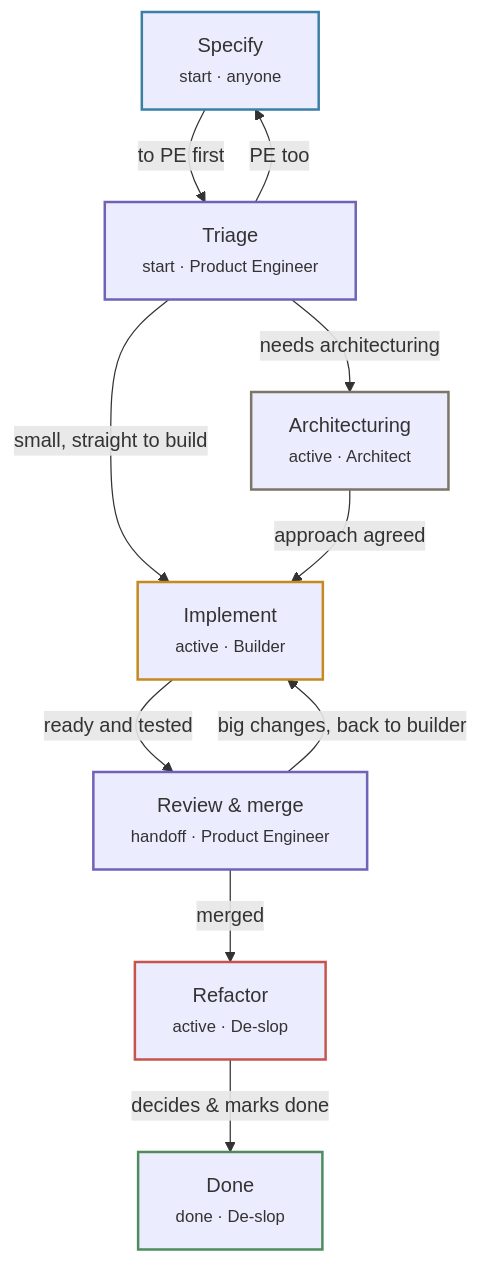
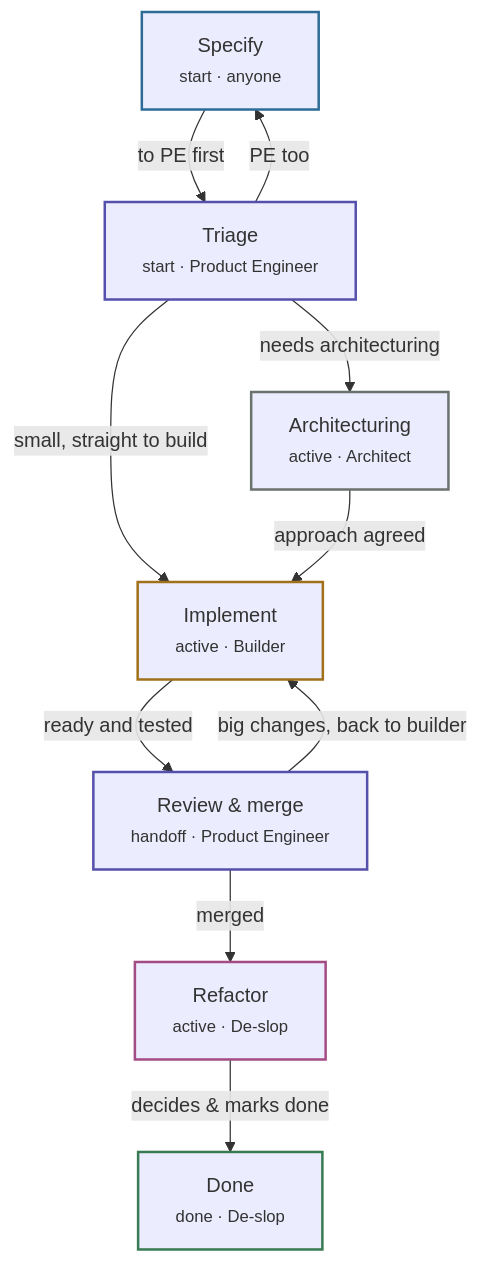
The third of 3 diagrams in docs/content/concepts/flow-lines.md (kashmithnisakya/flowline), drawn with Mermaid before and after one commit. The commit also changed other lines of this file and 26 other files, not shown here.

````diff
--- a/docs/content/concepts/flow-lines.md
+++ b/docs/content/concepts/flow-lines.md
@@ -91,33 +124,33 @@
 ```mermaid
 flowchart TB
     S["Specify<br/><small>start · anyone</small>"]
     T["Triage<br/><small>start · Product Engineer</small>"]
     A["Architecturing<br/><small>active · Architect</small>"]
     I["Implement<br/><small>active · Builder</small>"]
     R["Review #amp; merge<br/><small>handoff · Product Engineer</small>"]
     F["Refactor<br/><small>active · De-slop</small>"]
     D["Done<br/><small>done · De-slop</small>"]
 
     S -- "to PE first" --> T
     T -- "PE too" --> S
     T -- "needs architecturing" --> A
     T -- "small, straight to build" --> I
     A -- "approach agreed" --> I
     I -- "ready and tested" --> R
     R -- "big changes, back to builder" --> I
     R -- "merged" --> F
     F -- "decides #amp; marks done" --> D
 
-    classDef sky stroke:#3d7ea6,stroke-width:2px
-    classDef indigo stroke:#6f63b8,stroke-width:2px
-    classDef slate stroke:#7c7568,stroke-width:2px
-    classDef amber stroke:#c4891f,stroke-width:2px
-    classDef rose stroke:#c6544d,stroke-width:2px
-    classDef emerald stroke:#4e8c5e,stroke-width:2px
+    classDef sky stroke:#2e6c97,stroke-width:2px
+    classDef indigo stroke:#5550ac,stroke-width:2px
+    classDef slate stroke:#6a726e,stroke-width:2px
+    classDef amber stroke:#a1711a,stroke-width:2px
+    classDef rose stroke:#a34b83,stroke-width:2px
+    classDef emerald stroke:#387a51,stroke-width:2px
     class S sky
     class T,R indigo
     class A slate
     class I amber
     class F rose
     class D emerald
 ```
````
